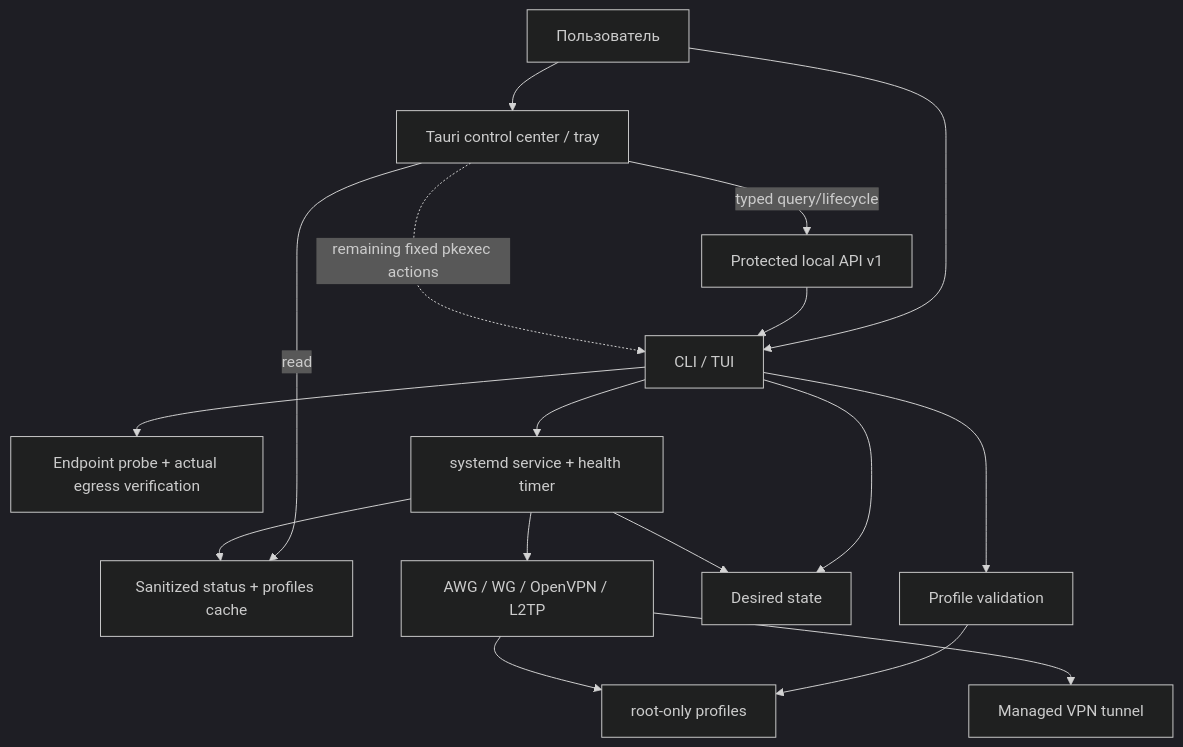
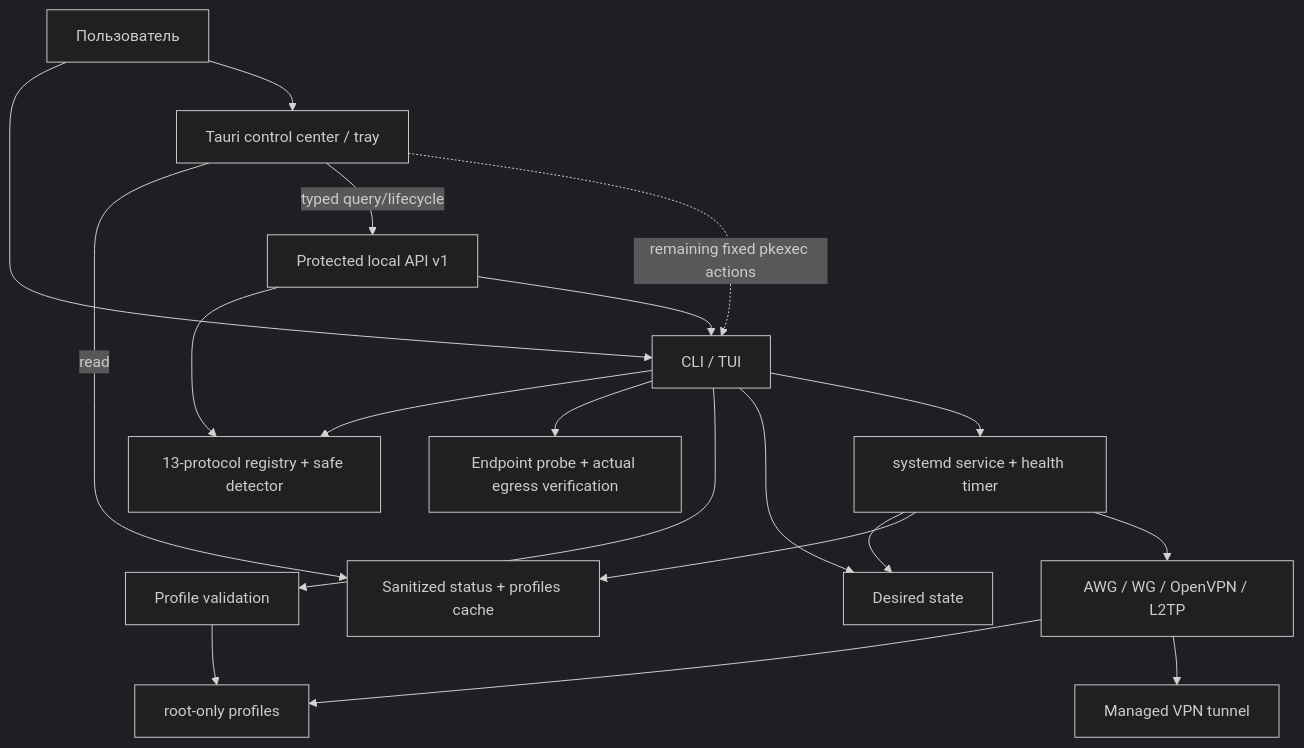
One commit to mazurovn/mazzy-vpn changed the first of 3 diagrams in wiki/Architecture.md. Above: the diagram before and after it, drawn with Mermaid (dark theme). The commit also changed other lines of this file and 72 other files, not shown here.

````diff
--- a/wiki/Architecture.md
+++ b/wiki/Architecture.md
@@ -10,32 +10,35 @@
 ```mermaid
 flowchart TB
     User["Пользователь"]
     TUI["CLI / TUI"]
     Desktop["Tauri control center / tray"]
     API["Protected local API v1"]
+    Registry["13-protocol registry + safe detector"]
     Cache["Sanitized status + profiles cache"]
     Verify["Endpoint probe + actual egress verification"]
     Validate["Profile validation"]
     State["Desired state"]
     Systemd["systemd service + health timer"]
     Engines["AWG / WG / OpenVPN / L2TP"]
     Profiles["root-only profiles"]
     Tunnel["Managed VPN tunnel"]
 
     User --> TUI
     User --> Desktop
     Desktop -->|read| Cache
     Desktop -->|typed query/lifecycle| API
+    TUI --> Registry
+    API --> Registry
     API --> TUI
     Desktop -. remaining fixed pkexec actions .-> TUI
     TUI --> Verify
     TUI --> Validate
     Validate --> Profiles
     TUI --> State
     TUI --> Systemd
     Systemd --> State
     Systemd --> Cache
     Systemd --> Engines
     Engines --> Profiles
     Engines --> Tunnel
 ```
````
